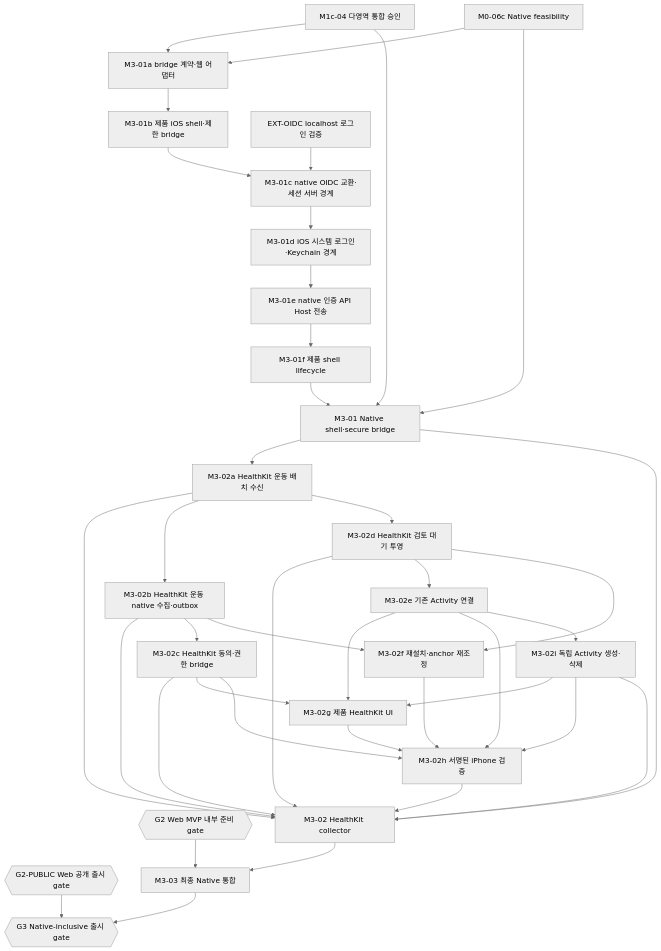
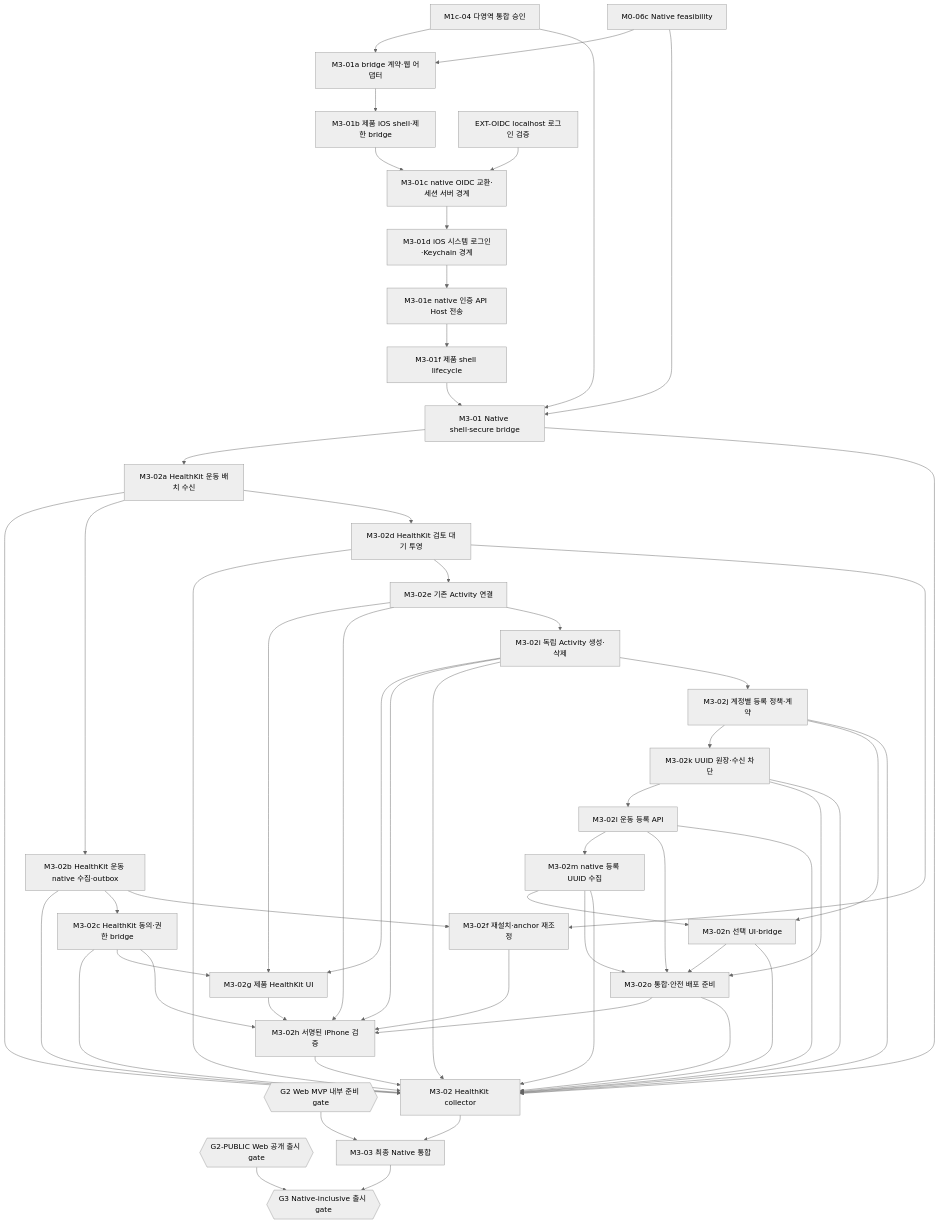
One commit to peacecheejecake/workout-manager changed the fourth of 4 diagrams in docs/implementation/task-graph.md. Above: the diagram before and after it, drawn with Mermaid (neutral theme). The commit also changed other lines of this file and 3 other files, not shown here.

```diff
--- a/docs/implementation/task-graph.md
+++ b/docs/implementation/task-graph.md
@@ -563,6 +563,12 @@
     task35g["M3-02g 제품 HealthKit UI"]
     task35h["M3-02h 서명된 iPhone 검증"]
     task35i["M3-02i 독립 Activity 생성·삭제"]
+    task35j["M3-02j 계정별 등록 정책·계약"]
+    task35k["M3-02k UUID 원장·수신 차단"]
+    task35l["M3-02l 운동 등록 API"]
+    task35m["M3-02m native 등록 UUID 수집"]
+    task35n["M3-02n 선택 UI·bridge"]
+    task35o["M3-02o 통합·안전 배포 준비"]
     task35["M3-02 HealthKit collector"]
     task36["M3-03 최종 Native 통합"]
     task37{{"G3 Native-inclusive 출시 gate"}}
@@ -592,6 +598,23 @@
     task35i --> task35g
     task35i --> task35h
     task35i --> task35
+    task35i --> task35j
+    task35j --> task35k
+    task35k --> task35l
+    task35l --> task35m
+    task35j --> task35n
+    task35m --> task35n
+    task35k --> task35o
+    task35l --> task35o
+    task35m --> task35o
+    task35n --> task35o
+    task35o --> task35h
+    task35j --> task35
+    task35k --> task35
+    task35l --> task35
+    task35m --> task35
+    task35n --> task35
+    task35o --> task35
     task35b --> task35f
     task35d --> task35f
     task35f --> task35h
```
